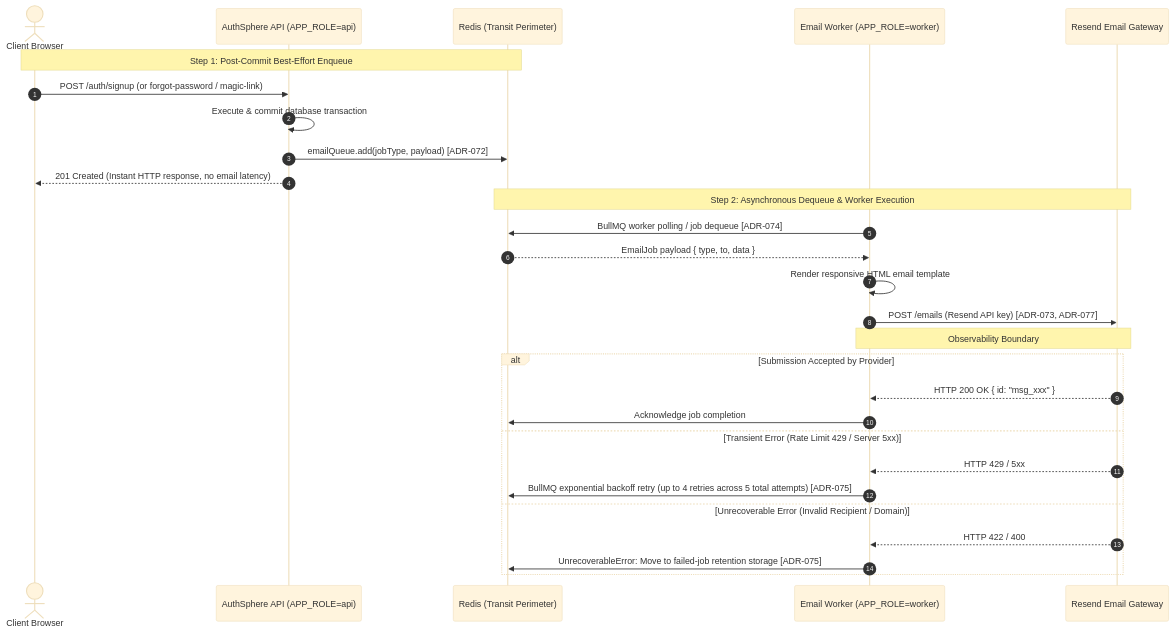
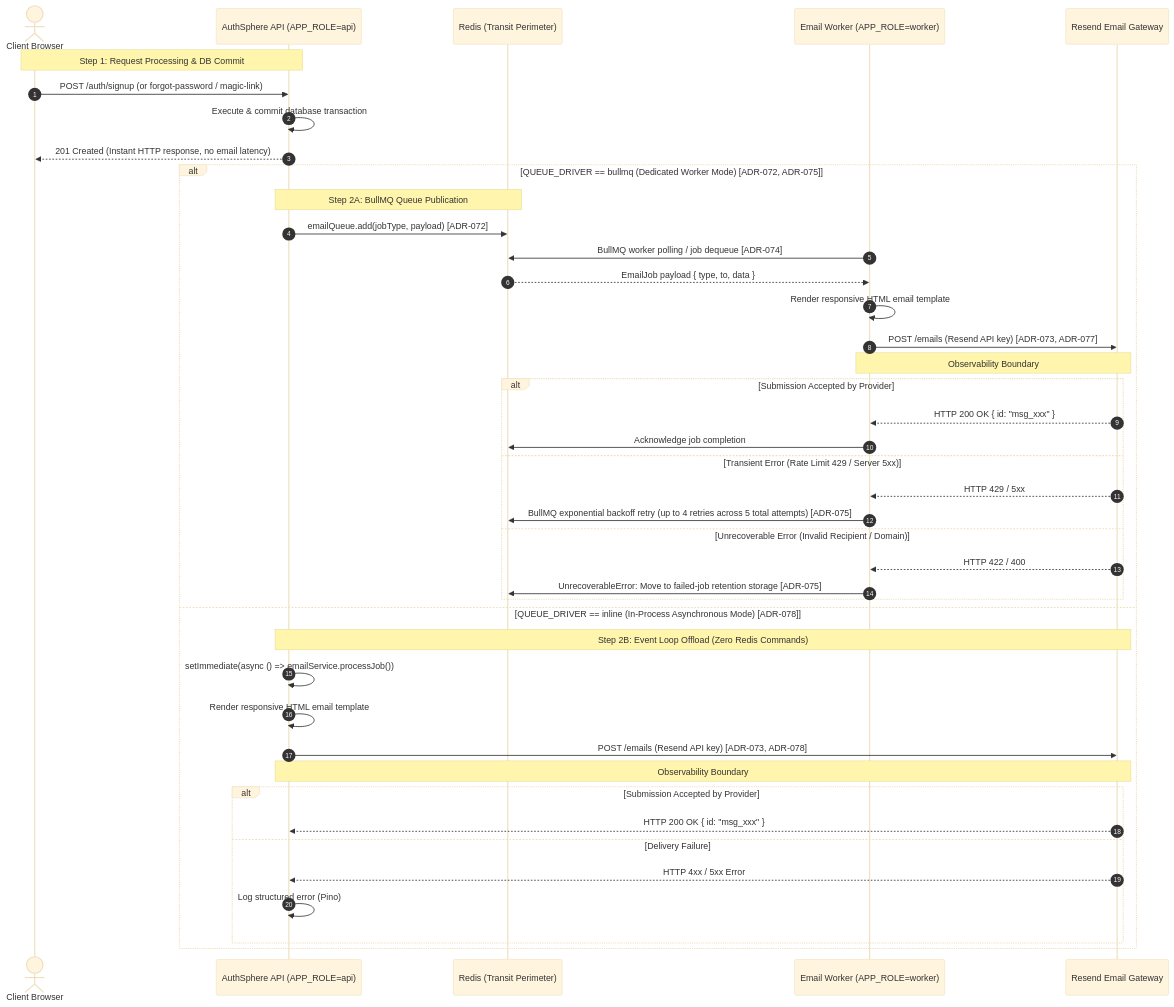
One commit to utkarshj014/authsphere changed the ninth of 10 diagrams in docs/ARCHITECTURE.md. Above: the diagram before and after it, drawn with Mermaid (base theme). The commit also changed other lines of this file and 21 other files, not shown here.

````diff
--- a/docs/ARCHITECTURE.md
+++ b/docs/ARCHITECTURE.md
@@ -457,32 +463,46 @@
 ```mermaid
 sequenceDiagram
     autonumber
     actor Client as Client Browser
     participant API as AuthSphere API (APP_ROLE=api)
     participant Redis as Redis (Transit Perimeter)
     participant Worker as Email Worker (APP_ROLE=worker)
     participant Resend as Resend Email Gateway
 
-    Note over Client, Redis: Step 1: Post-Commit Best-Effort Enqueue
+    Note over Client, API: Step 1: Request Processing & DB Commit
     Client->>API: POST /auth/signup (or forgot-password / magic-link)
     API->>API: Execute & commit database transaction
-    API->>Redis: emailQueue.add(jobType, payload) [ADR-072]
     API-->>Client: 201 Created (Instant HTTP response, no email latency)
 
-    Note over Redis, Resend: Step 2: Asynchronous Dequeue & Worker Execution
-    Worker->>Redis: BullMQ worker polling / job dequeue [ADR-074]
-    Redis-->>Worker: EmailJob payload { type, to, data }
-    Worker->>Worker: Render responsive HTML email template
-    Worker->>Resend: POST /emails (Resend API key) [ADR-073, ADR-077]
-    Note over Worker, Resend: Observability Boundary
-    alt Submission Accepted by Provider
-        Resend-->>Worker: HTTP 200 OK { id: "msg_xxx" }
-        Worker->>Redis: Acknowledge job completion
-    else Transient Error (Rate Limit 429 / Server 5xx)
-        Resend-->>Worker: HTTP 429 / 5xx
-        Worker->>Redis: BullMQ exponential backoff retry (up to 4 retries across 5 total attempts) [ADR-075]
-    else Unrecoverable Error (Invalid Recipient / Domain)
-        Resend-->>Worker: HTTP 422 / 400
-        Worker->>Redis: UnrecoverableError: Move to failed-job retention storage [ADR-075]
+    alt QUEUE_DRIVER == bullmq (Dedicated Worker Mode) [ADR-072, ADR-075]
+        Note over API, Redis: Step 2A: BullMQ Queue Publication
+        API->>Redis: emailQueue.add(jobType, payload) [ADR-072]
+        Worker->>Redis: BullMQ worker polling / job dequeue [ADR-074]
+        Redis-->>Worker: EmailJob payload { type, to, data }
+        Worker->>Worker: Render responsive HTML email template
+        Worker->>Resend: POST /emails (Resend API key) [ADR-073, ADR-077]
+        Note over Worker, Resend: Observability Boundary
+        alt Submission Accepted by Provider
+            Resend-->>Worker: HTTP 200 OK { id: "msg_xxx" }
+            Worker->>Redis: Acknowledge job completion
+        else Transient Error (Rate Limit 429 / Server 5xx)
+            Resend-->>Worker: HTTP 429 / 5xx
+            Worker->>Redis: BullMQ exponential backoff retry (up to 4 retries across 5 total attempts) [ADR-075]
+        else Unrecoverable Error (Invalid Recipient / Domain)
+            Resend-->>Worker: HTTP 422 / 400
+            Worker->>Redis: UnrecoverableError: Move to failed-job retention storage [ADR-075]
+        end
+    else QUEUE_DRIVER == inline (In-Process Asynchronous Mode) [ADR-078]
+        Note over API, Resend: Step 2B: Event Loop Offload (Zero Redis Commands)
+        API->>API: setImmediate(async () => emailService.processJob())
+        API->>API: Render responsive HTML email template
+        API->>Resend: POST /emails (Resend API key) [ADR-073, ADR-078]
+        Note over API, Resend: Observability Boundary
+        alt Submission Accepted by Provider
+            Resend-->>API: HTTP 200 OK { id: "msg_xxx" }
+        else Delivery Failure
+            Resend-->>API: HTTP 4xx / 5xx Error
+            API->>API: Log structured error (Pino)
+        end
     end
 ```
````
